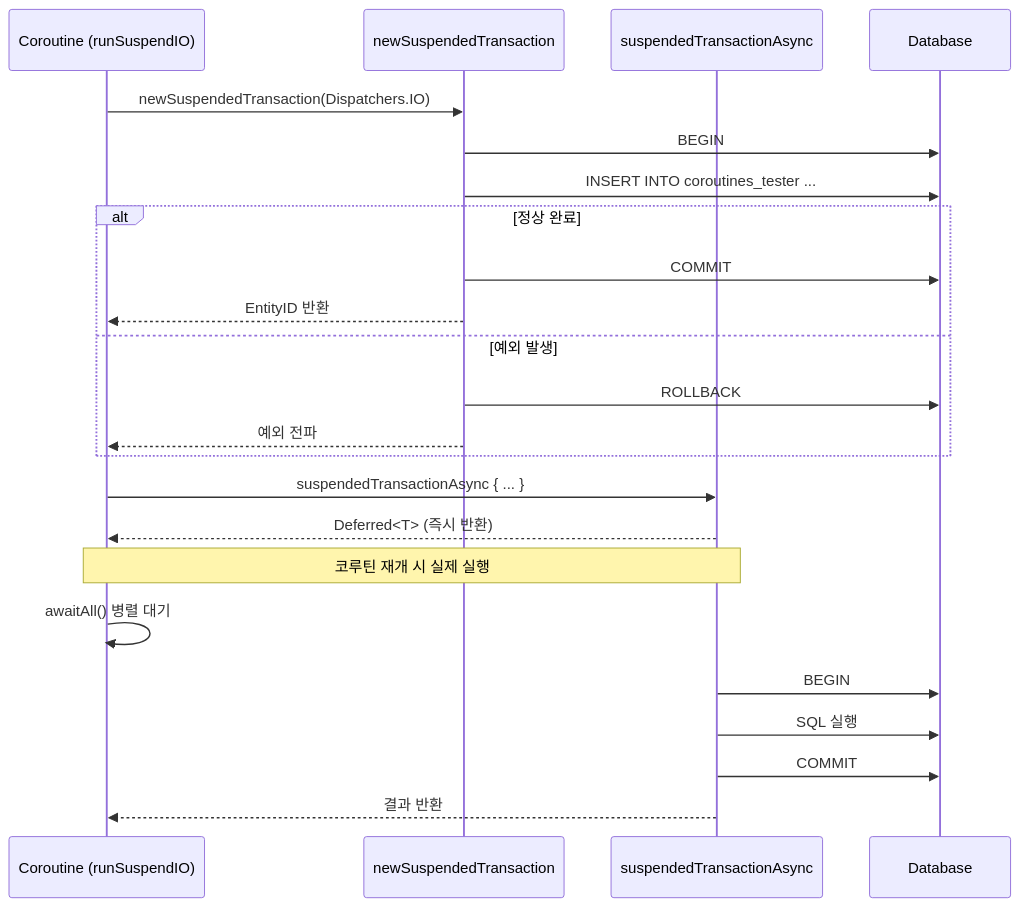
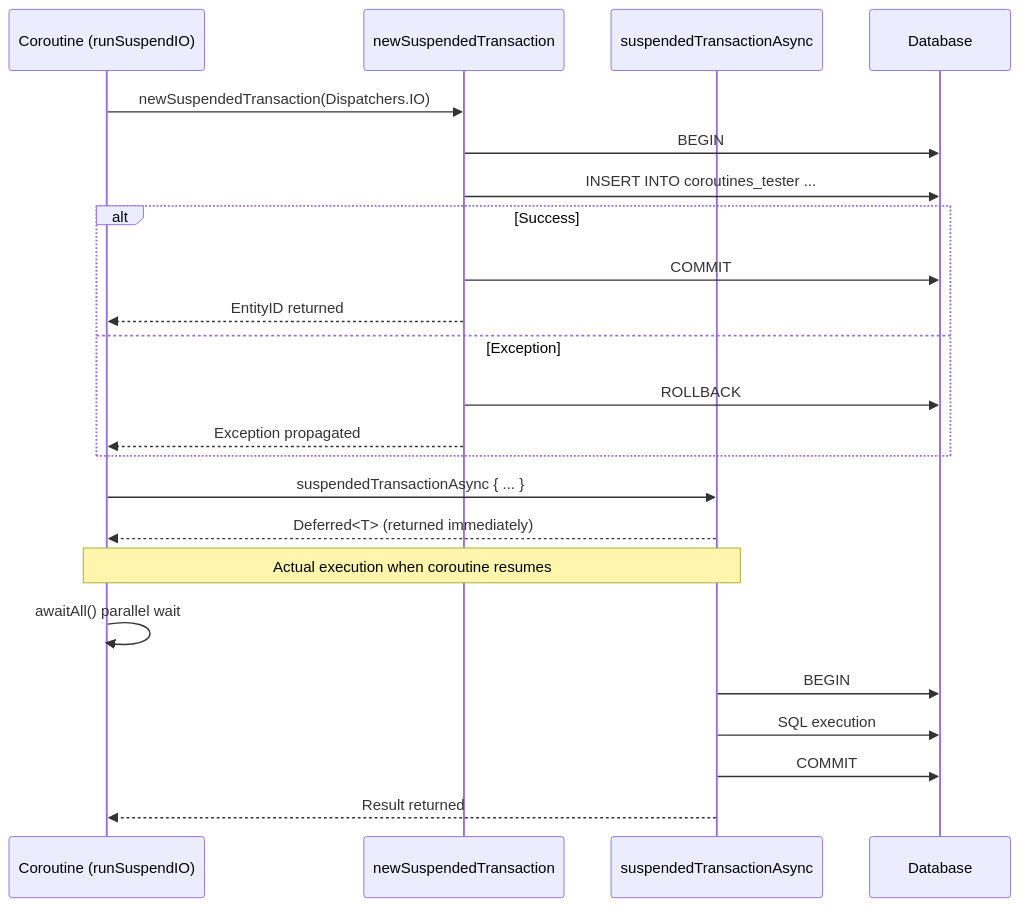
The first of 3 diagrams in 08-coroutines/01-coroutines-basic/README.md (bluetape4k/exposed-workshop), drawn with Mermaid before and after one commit. The commit also changed other lines of this file and 115 other files, not shown here.

````diff
--- a/08-coroutines/01-coroutines-basic/README.md
+++ b/08-coroutines/01-coroutines-basic/README.md
@@ -61,27 +63,27 @@
 ```mermaid
 sequenceDiagram
     participant C as Coroutine (runSuspendIO)
     participant T1 as newSuspendedTransaction
     participant T2 as suspendedTransactionAsync
     participant DB as Database
 
     C->>T1: newSuspendedTransaction(Dispatchers.IO)
     T1->>DB: BEGIN
     T1->>DB: INSERT INTO coroutines_tester ...
-    alt 정상 완료
+    alt Success
         T1->>DB: COMMIT
-        T1-->>C: EntityID 반환
-    else 예외 발생
+        T1-->>C: EntityID returned
+    else Exception
         T1->>DB: ROLLBACK
-        T1-->>C: 예외 전파
+        T1-->>C: Exception propagated
     end
 
     C->>T2: suspendedTransactionAsync { ... }
-    T2-->>C: Deferred<T> (즉시 반환)
-    Note over C,T2: 코루틴 재개 시 실제 실행
-    C->>C: awaitAll() 병렬 대기
+    T2-->>C: Deferred<T> (returned immediately)
+    Note over C,T2: Actual execution when coroutine resumes
+    C->>C: awaitAll() parallel wait
     T2->>DB: BEGIN
-    T2->>DB: SQL 실행
+    T2->>DB: SQL execution
     T2->>DB: COMMIT
-    T2-->>C: 결과 반환
+    T2-->>C: Result returned
 ```
````
